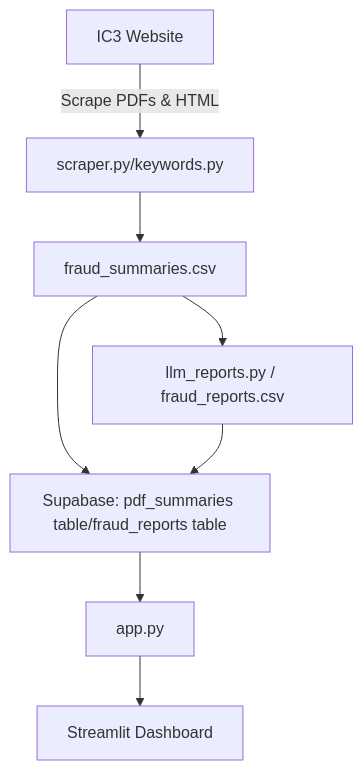
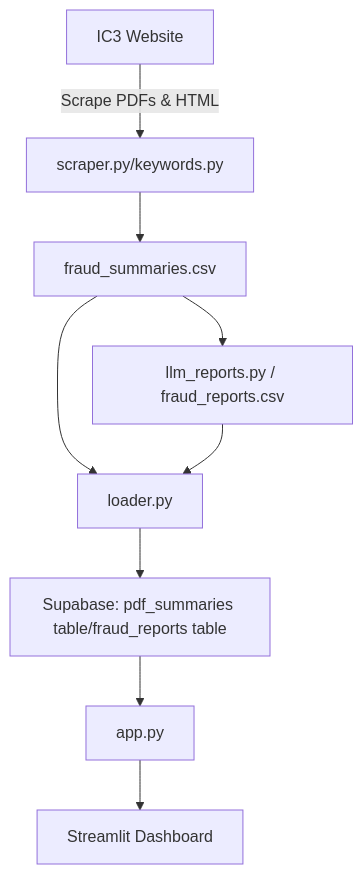
The diagram in README.md (JaysonAllman/DTSC-Fraud-Project), drawn with Mermaid before and after one commit.

````diff
--- a/README.md
+++ b/README.md
@@ -44,11 +44,12 @@
 ```mermaid
 graph TD
     A[IC3 Website] -->|Scrape PDFs & HTML| B[scraper.py/keywords.py]
     B --> C[fraud_summaries.csv]
     C --> D[llm_reports.py / fraud_reports.csv]
     C --> E[loader.py]
-    D --> E[Supabase: pdf_summaries table/fraud_reports table]
-    E --> F[app.py]
-    F --> G[Streamlit Dashboard]
+    D --> E[loader.py]
+    E --> F[Supabase: pdf_summaries table/fraud_reports table]
+    F --> G[app.py]
+    G --> H[Streamlit Dashboard]
 
 ```
````
